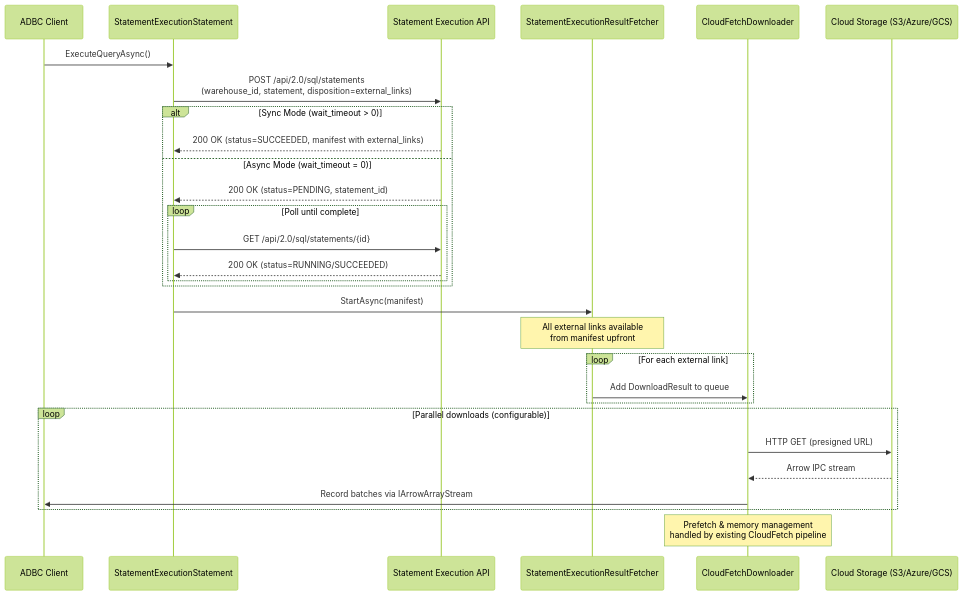
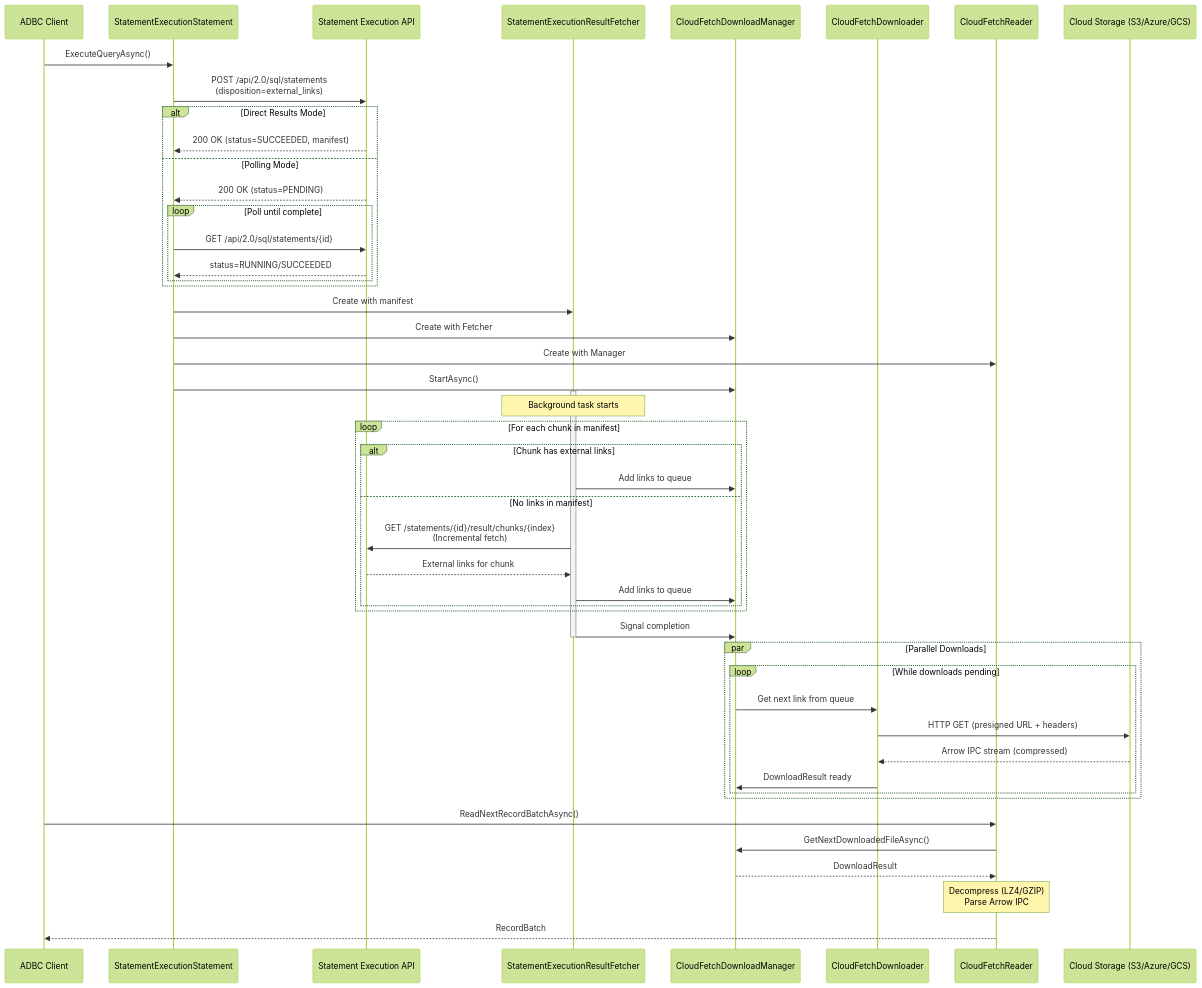
The ninth of 10 diagrams in csharp/src/Drivers/Databricks/statement-execution-api-design.md (apache/arrow-adbc), drawn with Mermaid (forest theme) before and after one commit. The commit also changed other lines of this file, not shown here.

````diff
--- a/csharp/src/Drivers/Databricks/statement-execution-api-design.md
+++ b/csharp/src/Drivers/Databricks/statement-execution-api-design.md
@@ -1664,37 +1664,60 @@
 ```mermaid
 sequenceDiagram
     participant Client as ADBC Client
     participant Stmt as StatementExecutionStatement
     participant API as Statement Execution API
     participant Fetcher as StatementExecutionResultFetcher
+    participant Manager as CloudFetchDownloadManager
     participant Downloader as CloudFetchDownloader
+    participant Reader as CloudFetchReader
     participant Storage as Cloud Storage (S3/Azure/GCS)
 
     Client->>Stmt: ExecuteQueryAsync()
-    Stmt->>API: POST /api/2.0/sql/statements<br/>(warehouse_id, statement, disposition=external_links)
+    Stmt->>API: POST /api/2.0/sql/statements<br/>(disposition=external_links)
 
-    alt Sync Mode (wait_timeout > 0)
-        API-->>Stmt: 200 OK (status=SUCCEEDED, manifest with external_links)
-    else Async Mode (wait_timeout = 0)
-        API-->>Stmt: 200 OK (status=PENDING, statement_id)
+    alt Direct Results Mode
+        API-->>Stmt: 200 OK (status=SUCCEEDED, manifest)
+    else Polling Mode
+        API-->>Stmt: 200 OK (status=PENDING)
         loop Poll until complete
             Stmt->>API: GET /api/2.0/sql/statements/{id}
-            API-->>Stmt: 200 OK (status=RUNNING/SUCCEEDED)
+            API-->>Stmt: status=RUNNING/SUCCEEDED
         end
     end
 
-    Stmt->>Fetcher: StartAsync(manifest)
-    Note over Fetcher: All external links available<br/>from manifest upfront
+    Stmt->>Fetcher: Create with manifest
+    Stmt->>Manager: Create with Fetcher
+    Stmt->>Reader: Create with Manager
+    Stmt->>Manager: StartAsync()
 
-    loop For each external link
-        Fetcher->>Downloader: Add DownloadResult to queue
+    activate Fetcher
+    Note over Fetcher: Background task starts
+
+    loop For each chunk in manifest
+        alt Chunk has external links
+            Fetcher->>Manager: Add links to queue
+        else No links in manifest
+            Fetcher->>API: GET /statements/{id}/result/chunks/{index}<br/>(Incremental fetch)
+            API-->>Fetcher: External links for chunk
+            Fetcher->>Manager: Add links to queue
+        end
     end
 
-    loop Parallel downloads (configurable)
-        Downloader->>Storage: HTTP GET (presigned URL)
-        Storage-->>Downloader: Arrow IPC stream
-        Downloader->>Client: Record batches via IArrowArrayStream
+    Fetcher->>Manager: Signal completion
+    deactivate Fetcher
+
+    par Parallel Downloads
+        loop While downloads pending
+            Manager->>Downloader: Get next link from queue
+            Downloader->>Storage: HTTP GET (presigned URL + headers)
+            Storage-->>Downloader: Arrow IPC stream (compressed)
+            Downloader->>Manager: DownloadResult ready
+        end
     end
 
-    Note over Downloader: Prefetch & memory management<br/>handled by existing CloudFetch pipeline
+    Client->>Reader: ReadNextRecordBatchAsync()
+    Reader->>Manager: GetNextDownloadedFileAsync()
+    Manager-->>Reader: DownloadResult
+    Note over Reader: Decompress (LZ4/GZIP)<br/>Parse Arrow IPC
+    Reader-->>Client: RecordBatch
 ```
````
